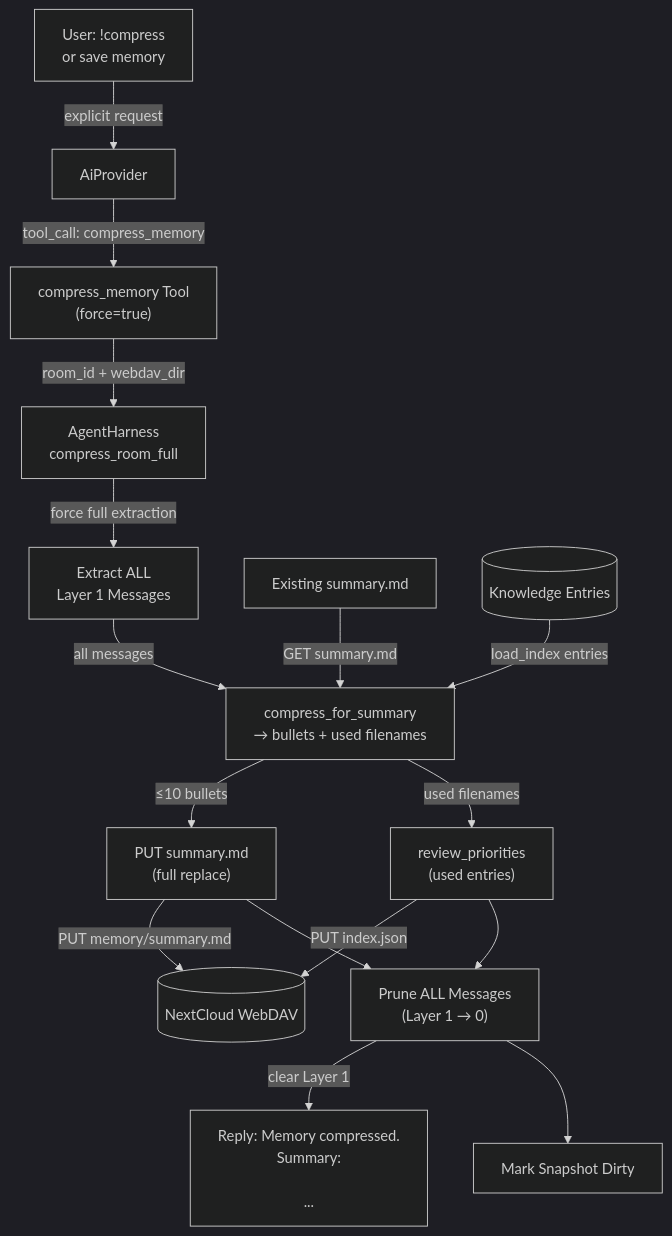
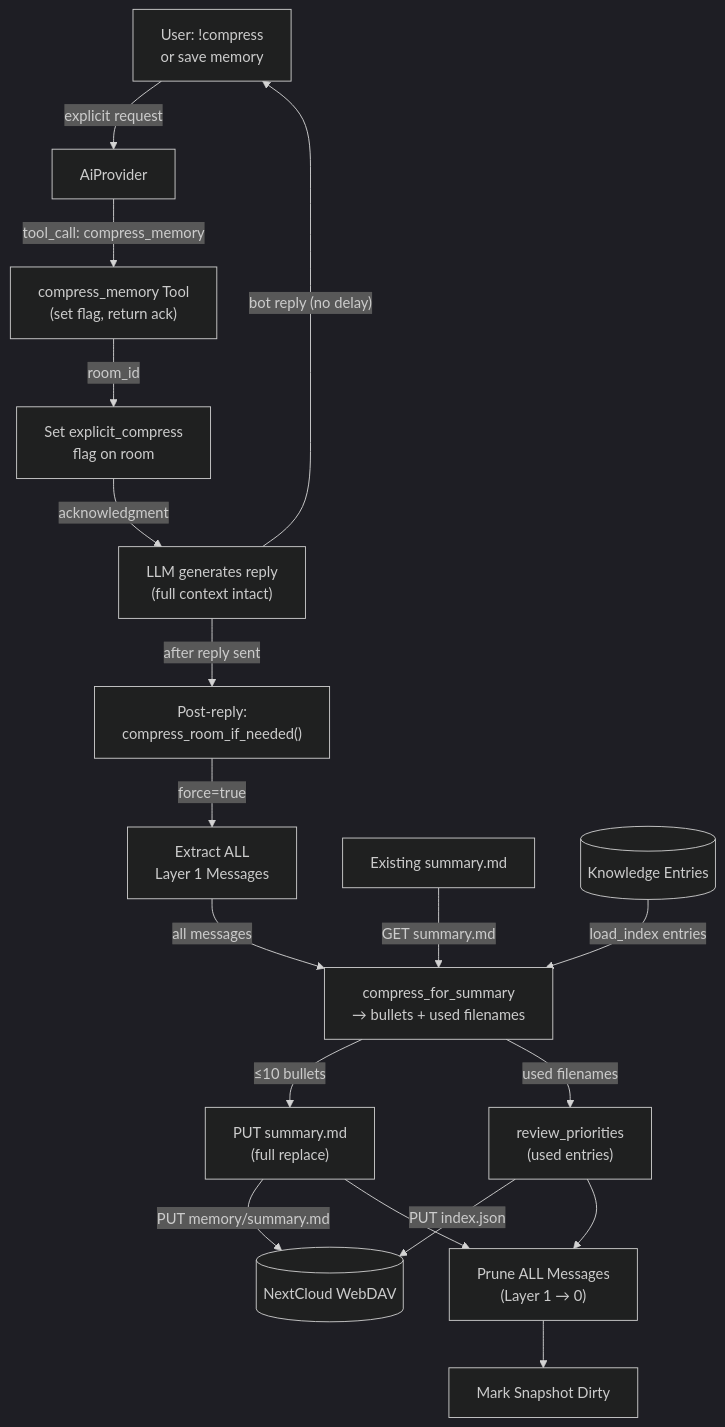
The first of 2 diagrams in _dfd/tools/compress-memory.md (cosmoswafer/rockbot), drawn with Mermaid (dark theme) before and after one commit. The commit also changed other lines of this file and 2 other files, not shown here.

First line of the commit message:
fix: post-reply compress_memory via explicit_compress flag

````diff
--- a/_dfd/tools/compress-memory.md
+++ b/_dfd/tools/compress-memory.md
@@ -33,33 +39,36 @@
 ```mermaid
 flowchart TD
     USER["User: !compress<br/>or save memory"]
     AI[AiProvider]
-    TOOL["compress_memory Tool<br/>(force=true)"]
-    HARNESS[AgentHarness<br/>compress_room_full]
+    TOOL["compress_memory Tool<br/>(set flag, return ack)"]
+    SET_FLAG["Set explicit_compress<br/>flag on room"]
+    LLM_REPLY["LLM generates reply<br/>(full context intact)"]
+    POST["Post-reply:<br/>compress_room_if_needed()"]
     EXTRACT["Extract ALL<br/>Layer 1 Messages"]
     EXISTING[Existing summary.md]
     KNOWLEDGE[(Knowledge Entries)]
     COMPRESS["compress_for_summary<br/>→ bullets + used filenames"]
     WRITE["PUT summary.md<br/>(full replace)"]
     PRIORITY["review_priorities<br/>(used entries)"]
     PRUNE["Prune ALL Messages<br/>(Layer 1 → 0)"]
     DAV[(NextCloud WebDAV)]
-    REPLY["Reply: Memory compressed.<br/>Summary:\n\n..."]
     DIRTY[Mark Snapshot Dirty]
 
     USER -->|"explicit request"| AI
     AI -->|"tool_call: compress_memory"| TOOL
-    TOOL -->|"room_id + webdav_dir"| HARNESS
-    HARNESS -->|"force full extraction"| EXTRACT
+    TOOL -->|"room_id"| SET_FLAG
+    SET_FLAG -->|"acknowledgment"| LLM_REPLY
+    LLM_REPLY -->|"bot reply (no delay)"| USER
+    LLM_REPLY -->|"after reply sent"| POST
+    POST -->|"force=true"| EXTRACT
     EXTRACT -->|"all messages"| COMPRESS
     EXISTING -->|"GET summary.md"| COMPRESS
     KNOWLEDGE -->|"load_index entries"| COMPRESS
     COMPRESS -->|"≤10 bullets"| WRITE
     COMPRESS -->|"used filenames"| PRIORITY
     WRITE -->|"PUT memory/summary.md"| DAV
     PRIORITY -->|"PUT index.json"| DAV
     PRIORITY --> PRUNE
     WRITE --> PRUNE
-    PRUNE -->|"clear Layer 1"| REPLY
     PRUNE --> DIRTY
 ```
````
